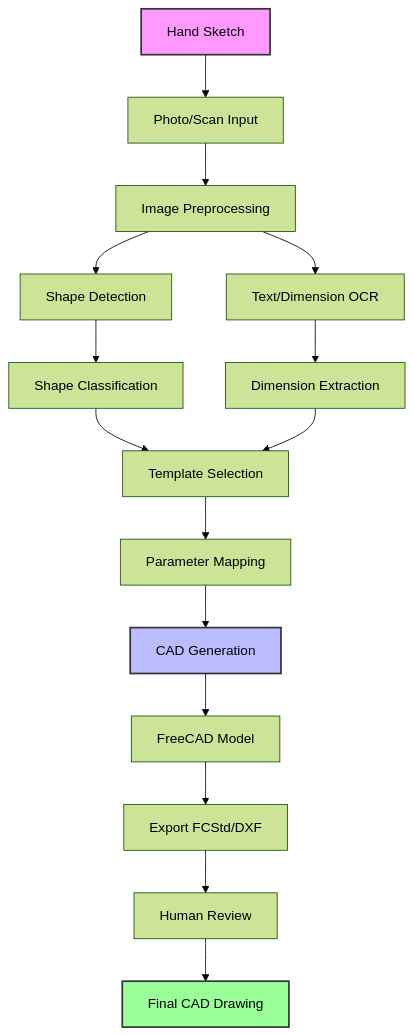
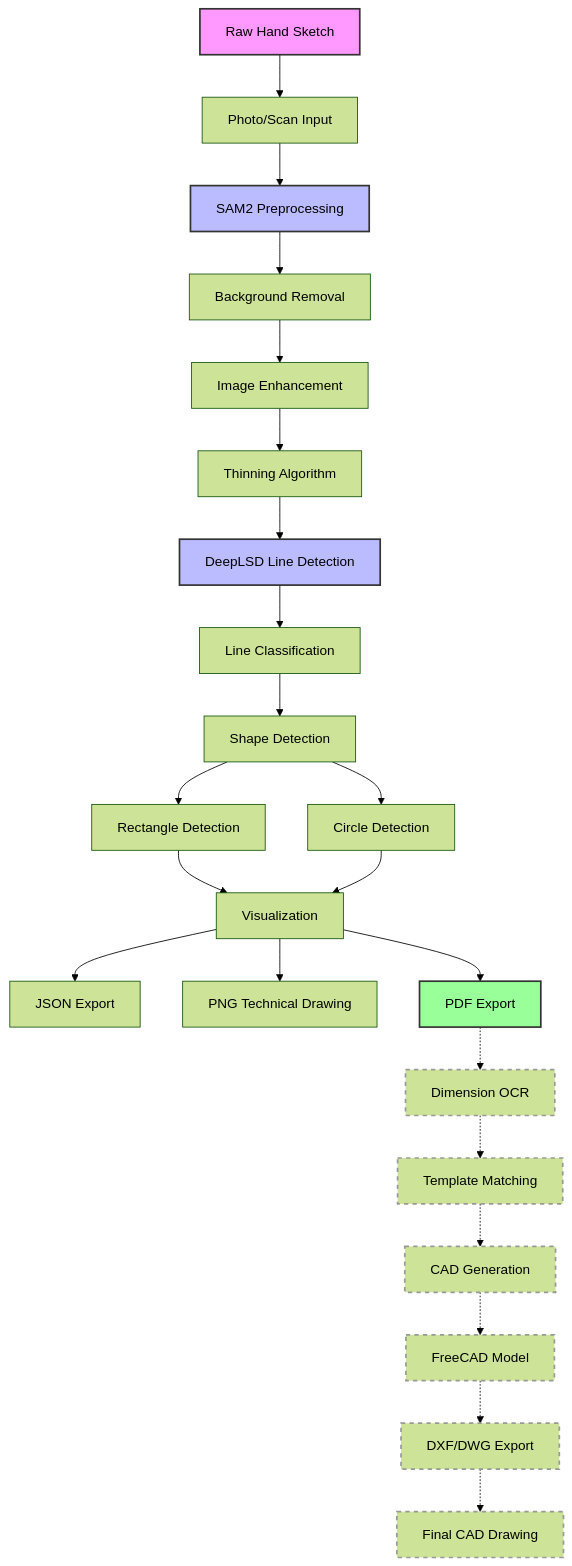
Before and after one commit to tomaszbielNCI/Intelligent_Sketch2CAD: the diagram in docs/diagram.mmd, drawn with Mermaid (forest theme). The commit also changed 1 other file, not shown here.

Commit message:
Update README and diagrams with current pipeline architecture
- Add comprehensive Mermaid diagrams for Full and Legacy pipelines
- Update project structure documentation
- Fix installation instructions (remove archive references)
- Update docs/diagram.mmd with SAM2 integration and future TODOs
- Diagrams will render properly on GitHub (Mermaid supported)

````diff
--- a/docs/diagram.mmd
+++ b/docs/diagram.mmd
@@ -1,21 +1,37 @@
 ```mermaid
 graph TD
-    A[Hand Sketch] --> B[Photo/Scan Input]
-    B --> C[Image Preprocessing]
-    C --> D[Shape Detection]
-    C --> E[Text/Dimension OCR]
-    D --> F[Shape Classification]
-    E --> G[Dimension Extraction]
-    F --> H[Template Selection]
-    G --> H
-    H --> I[Parameter Mapping]
-    I --> J[CAD Generation]
-    J --> K[FreeCAD Model]
-    K --> L[Export FCStd/DXF]
-    L --> M[Human Review]
-    M --> N[Final CAD Drawing]
+    A[Raw Hand Sketch] --> B[Photo/Scan Input]
+    B --> C[SAM2 Preprocessing]
+    C --> D[Background Removal]
+    D --> E[Image Enhancement]
+    E --> F[Thinning Algorithm]
+    F --> G[DeepLSD Line Detection]
+    G --> H[Line Classification]
+    H --> I[Shape Detection]
+    I --> J[Rectangle Detection]
+    I --> K[Circle Detection]
+    J --> L[Visualization]
+    K --> L
+    L --> M[JSON Export]
+    L --> N[PNG Technical Drawing]
+    L --> O[PDF Export]
+    
+    %% Future TODO items (dashed)
+    O -.-> P[Dimension OCR]
+    P -.-> Q[Template Matching]
+    Q -.-> R[CAD Generation]
+    R -.-> S[FreeCAD Model]
+    S -.-> T[DXF/DWG Export]
+    T -.-> U[Final CAD Drawing]
     
     style A fill:#f9f,stroke:#333,stroke-width:2px
-    style N fill:#9f9,stroke:#333,stroke-width:2px
-    style J fill:#bbf,stroke:#333,stroke-width:2px
+    style C fill:#bbf,stroke:#333,stroke-width:2px
+    style G fill:#bbf,stroke:#333,stroke-width:2px
+    style O fill:#9f9,stroke:#333,stroke-width:2px
+    style P stroke:#999,stroke-width:2px,stroke-dasharray: 5 5
+    style Q stroke:#999,stroke-width:2px,stroke-dasharray: 5 5
+    style R stroke:#999,stroke-width:2px,stroke-dasharray: 5 5
+    style S stroke:#999,stroke-width:2px,stroke-dasharray: 5 5
+    style T stroke:#999,stroke-width:2px,stroke-dasharray: 5 5
+    style U stroke:#999,stroke-width:2px,stroke-dasharray: 5 5
 ```
````
